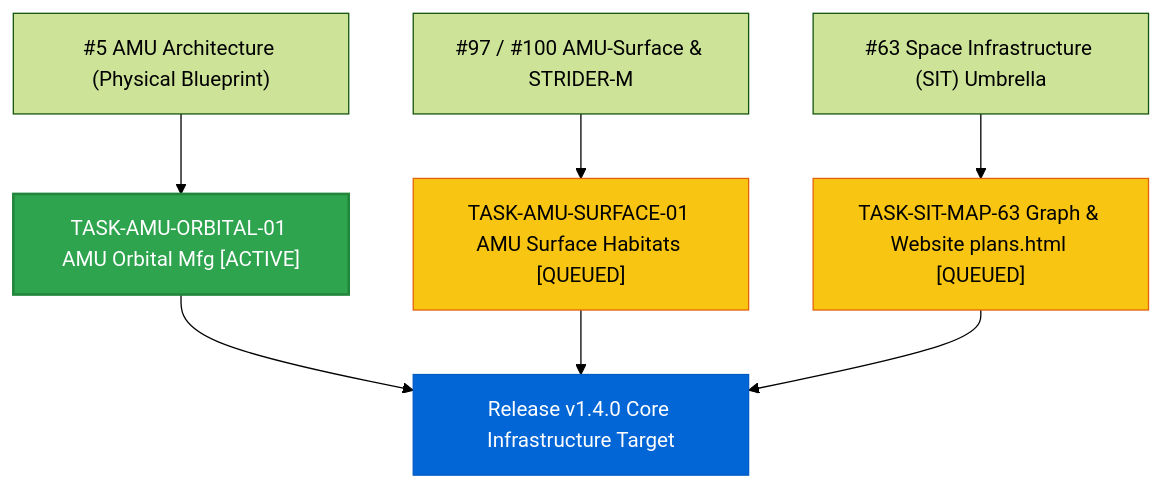
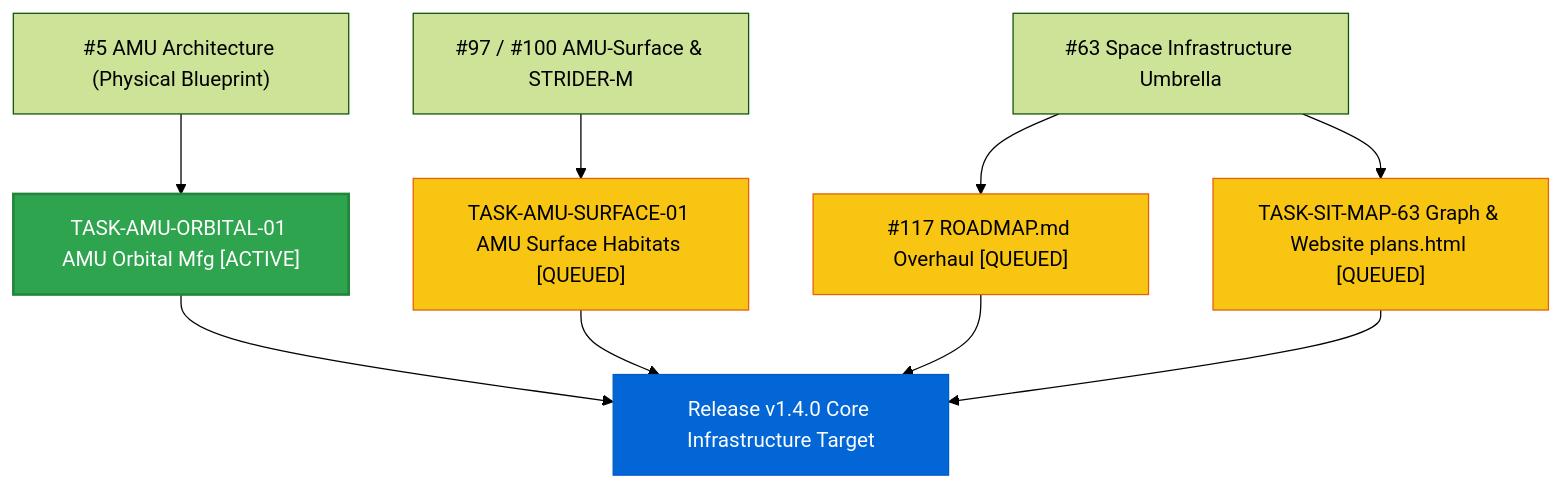
Before and after one commit to stellardreams/asi.surge.sh: the diagram in forward_tasks.md, drawn with Mermaid (forest theme). The commit also changed other lines of this file, not shown here.

Commit message:
docs(tracker): add Issue #117 ROADMAP overhaul to forward_tasks.md (#117)

````diff
--- a/forward_tasks.md
+++ b/forward_tasks.md
@@ -78,19 +82,22 @@
 ```mermaid
 graph TD
+    I63["#63 Space Infrastructure Umbrella"] --> I117["#117 ROADMAP.md Overhaul [QUEUED]"]
     I05["#5 AMU Architecture (Physical Blueprint)"] --> O01["TASK-AMU-ORBITAL-01 AMU Orbital Mfg [ACTIVE]"]
     I97["#97 / #100 AMU-Surface & STRIDER-M"] --> S01["TASK-AMU-SURFACE-01 AMU Surface Habitats [QUEUED]"]
-    I63["#63 Space Infrastructure (SIT) Umbrella"] --> M63["TASK-SIT-MAP-63 Graph & Website plans.html [QUEUED]"]
+    I63 --> M63["TASK-SIT-MAP-63 Graph & Website plans.html [QUEUED]"]
     
     O01 --> V140["Release v1.4.0 Core Infrastructure Target"]
     S01 --> V140
+    I117 --> V140
     M63 --> V140
 
     classDef active fill:#2ea44f,stroke:#22863a,stroke-width:2px,color:#fff;
     classDef queued fill:#f9c513,stroke:#e36209,stroke-width:1px,color:#000;
     classDef target fill:#0366d6,stroke:#005cc5,stroke-width:1px,color:#fff;
 
     class O01 active;
     class S01 queued;
+    class I117 queued;
     class M63 queued;
     class V140 target;
 ```
````
